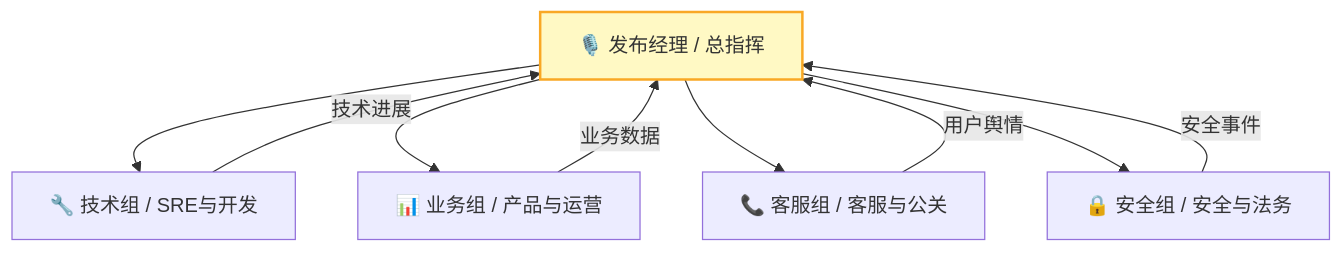
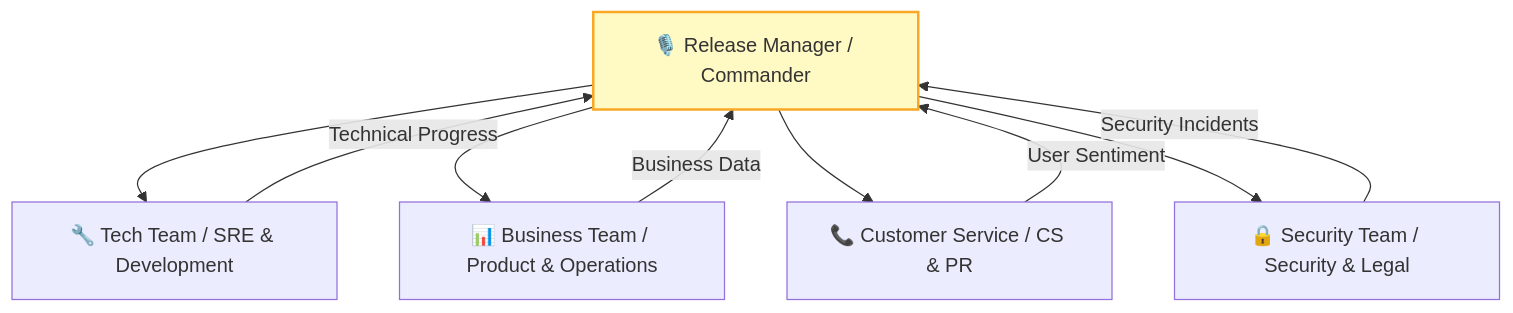
The seventh of 8 diagrams in templates/产品/交付层/【模板】发布计划文档.md (Kirky-X/cangjie), drawn with Mermaid before and after one commit. The commit also changed other lines of this file and 46 other files, not shown here.

````diff
--- a/templates/产品/交付层/【模板】发布计划文档.md
+++ b/templates/产品/交付层/【模板】发布计划文档.md
@@ -570,14 +570,14 @@
 ```mermaid
 graph TD
-    RC[🎙️ 发布经理 / 总指挥] --> T1[🔧 技术组 / SRE与开发]
-    RC --> T2[📊 业务组 / 产品与运营]
-    RC --> T3[📞 客服组 / 客服与公关]
-    RC --> T4[🔒 安全组 / 安全与法务]
+    RC[🎙️ Release Manager / Commander] --> T1[🔧 Tech Team / SRE & Development]
+    RC --> T2[📊 Business Team / Product & Operations]
+    RC --> T3[📞 Customer Service / CS & PR]
+    RC --> T4[🔒 Security Team / Security & Legal]
 
-    T1 -->|技术进展| RC
-    T2 -->|业务数据| RC
-    T3 -->|用户舆情| RC
-    T4 -->|安全事件| RC
+    T1 -->|Technical Progress| RC
+    T2 -->|Business Data| RC
+    T3 -->|User Sentiment| RC
+    T4 -->|Security Incidents| RC
 
     style RC fill:#fff9c4,stroke:#f9a825,stroke-width:2px
 ```
````
